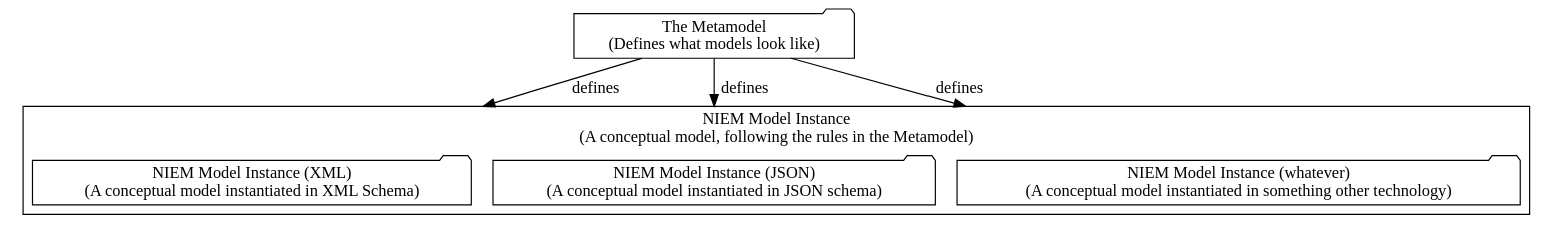
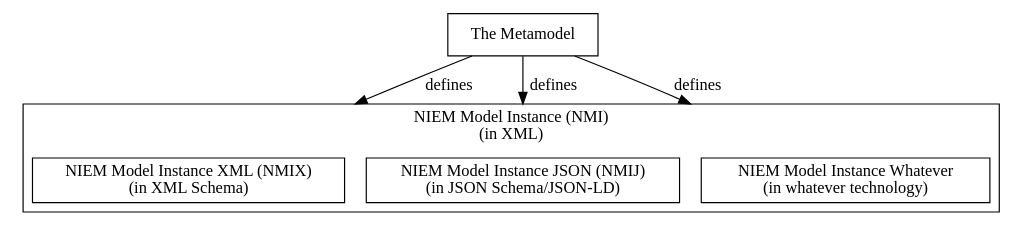
The diagram in terminology.dot (TomCarlson-NTAC/NIEM-Metamodel), drawn with Graphviz before and after one commit. The commit also changed 3 other files, not shown here.

Commit message:
Variety of changes to primer plus updated terminology diagram

```diff
--- a/terminology.dot
+++ b/terminology.dot
@@ -1,21 +1,22 @@
 digraph terms {
 
 compound=true;
 
-	metamodel[label="The Metamodel\n(Defines what models look like)", shape="folder"];
+	metamodel[label="The Metamodel", shape="box"];
 
 	subgraph cluster0 {
 	
-		label="NIEM Model Instance\n(A conceptual model, following the rules in the Metamodel)";
+		label="NIEM Model Instance (NMI)\n(in XML)";
 	
-		nmix[label="NIEM Model Instance (XML)\n(A conceptual model instantiated in XML Schema)", shape="folder"];
-		nmij[label="NIEM Model Instance (JSON)\n(A conceptual model instantiated in JSON schema)", shape="folder"];
-		nmiw[label="NIEM Model Instance (whatever)\n(A conceptual model instantiated in something other technology)", shape="folder"];
+		nmix[label="NIEM Model Instance XML (NMIX)\n(in XML Schema)", shape="box"];
+		nmij[label="NIEM Model Instance JSON (NMIJ)\n(in JSON Schema/JSON-LD)", shape="box"];
+		nmiw[label="NIEM Model Instance Whatever\n(in whatever technology)", shape="box"];
 
 	}
+
 
 	metamodel -> nmix[lhead="cluster0", label="defines"];
 	metamodel -> nmij[lhead="cluster0", label="defines"];
 	metamodel -> nmiw[lhead="cluster0", label="defines"];
 
 }
```
